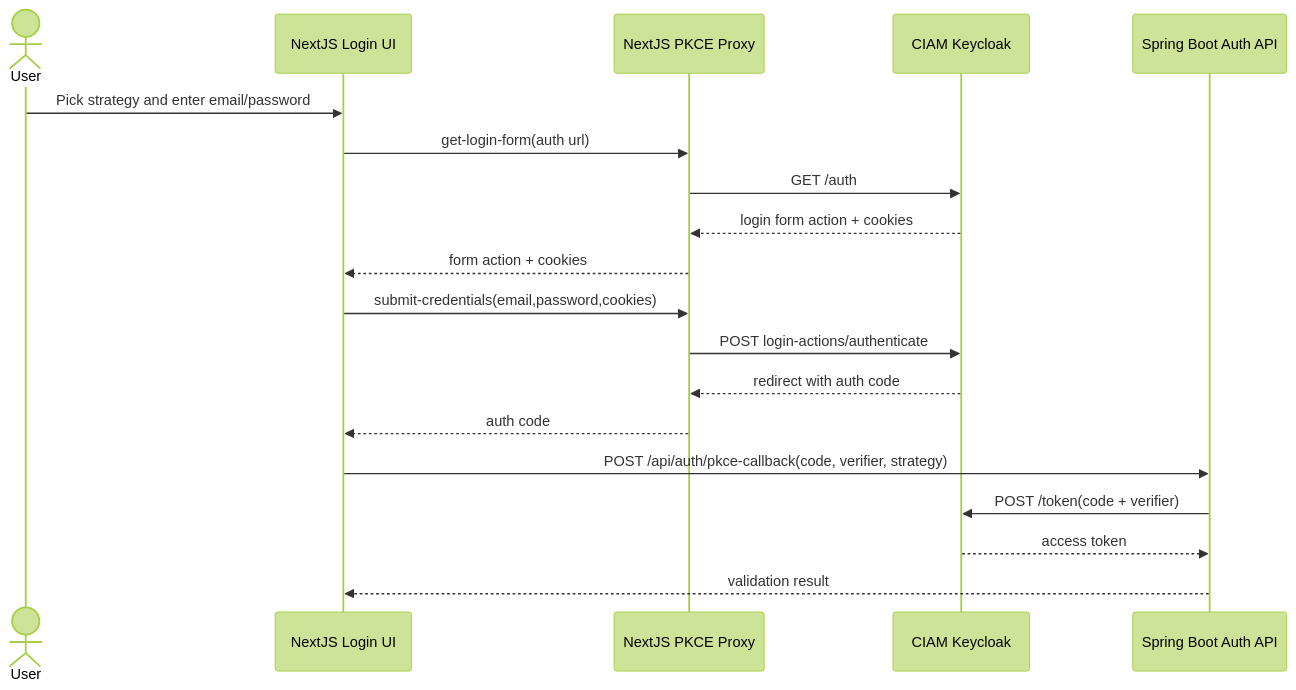
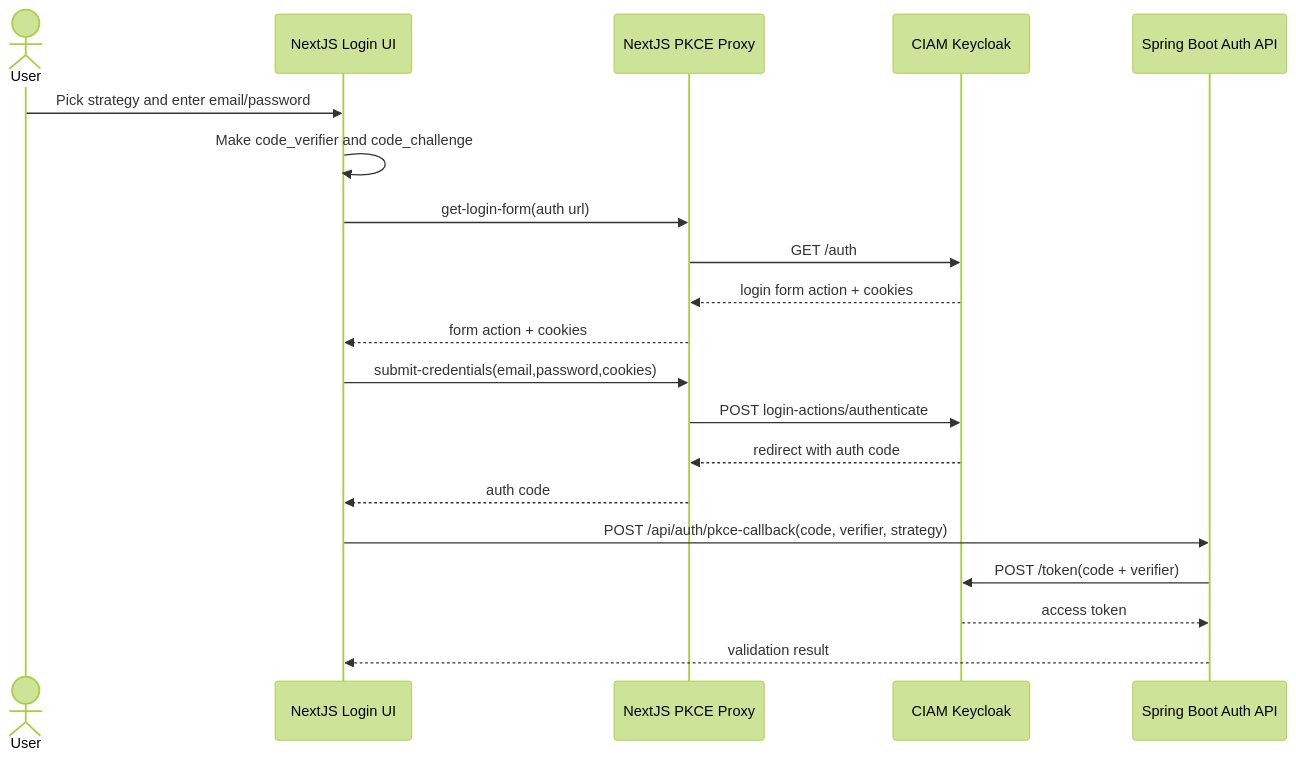
One commit to jackzhaojin/ciam-demo changed the first of 5 diagrams in auth-patterns.md. Above: the diagram before and after it, drawn with Mermaid (forest theme). The commit also changed other lines of this file, not shown here.

Commit message:
Refine auth diagrams with PKCE detail and quick comparison notes

````diff
--- a/auth-patterns.md
+++ b/auth-patterns.md
@@ -7,22 +7,23 @@
 ```mermaid
 sequenceDiagram
     actor User
     participant Browser as NextJS Login UI
     participant NextAPI as NextJS PKCE Proxy
     participant CIAM as CIAM Keycloak
     participant Java as Spring Boot Auth API
 
     User->>Browser: Pick strategy and enter email/password
+    Browser->>Browser: Make code_verifier and code_challenge
     Browser->>NextAPI: get-login-form(auth url)
     NextAPI->>CIAM: GET /auth
     CIAM-->>NextAPI: login form action + cookies
     NextAPI-->>Browser: form action + cookies
     Browser->>NextAPI: submit-credentials(email,password,cookies)
     NextAPI->>CIAM: POST login-actions/authenticate
     CIAM-->>NextAPI: redirect with auth code
     NextAPI-->>Browser: auth code
     Browser->>Java: POST /api/auth/pkce-callback(code, verifier, strategy)
     Java->>CIAM: POST /token(code + verifier)
     CIAM-->>Java: access token
     Java-->>Browser: validation result
 ```
````
